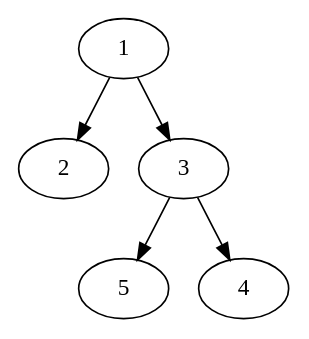
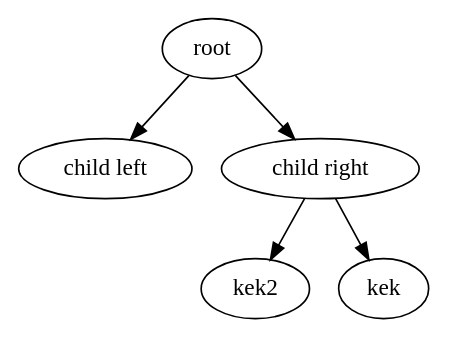
Before and after one commit to optirus909/akinator: the diagram in img/tree.dot, drawn with Graphviz. The commit also changed 5 other files, not shown here.

```diff
--- a/img/tree.dot
+++ b/img/tree.dot
@@ -1,7 +1,7 @@
 digraph
  {
-    <1> -> <2>
-    <1> -> <3>
-    <3> -> <5>
-    <3> -> <4>
+    <root> -> <child left>
+    <root> -> <child right>
+    <child right> -> <kek2>
+    <child right> -> <kek>
  }
```
